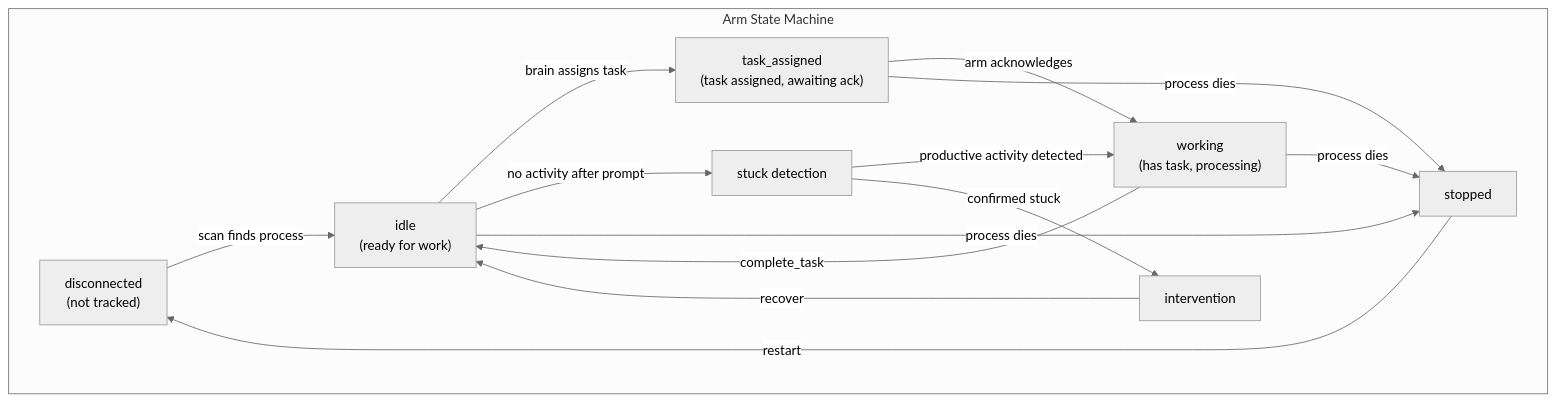
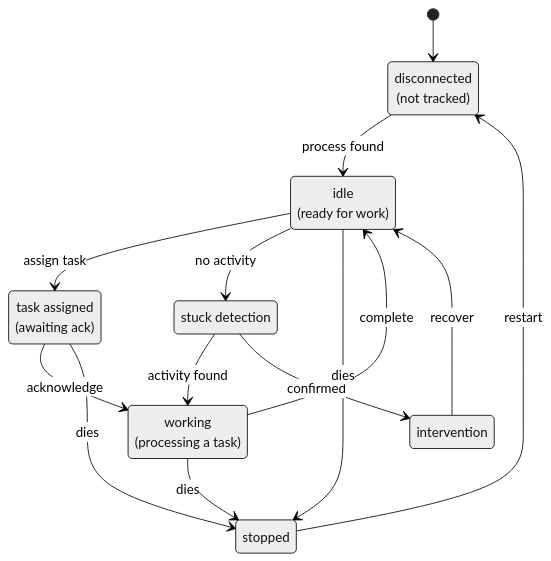
One commit to sirtimbly/coleo changed the second of 4 diagrams in docs/diagrams/brain-logic.md. Above: the diagram before and after it, drawn with Mermaid (neutral theme). The commit also changed other lines of this file and 15 other files, not shown here.

Commit message:
docs: expand component guides and diagrams

````diff
--- a/docs/diagrams/brain-logic.md
+++ b/docs/diagrams/brain-logic.md
@@ -125,20 +125,25 @@
 ```mermaid
-flowchart LR
-    subgraph LIFECYCLE["Arm State Machine"]
-        direction LR
-        disconnected["disconnected<br/>(not tracked)"] -->|scan finds process| idle["idle<br/>(ready for work)"]
-        idle -->|brain assigns task| task_assigned["task_assigned<br/>(task assigned, awaiting ack)"]
-        task_assigned -->|arm acknowledges| working["working<br/>(has task, processing)"]
-        working -->|complete_task| idle
-        idle -->|no activity after prompt| stuck["stuck detection"]
-        stuck -->|productive activity detected| working
-        stuck -->|confirmed stuck| intervention["intervention"]
-        intervention -->|recover| idle
-        working -->|process dies| stopped["stopped"]
-        idle -->|process dies| stopped
-        task_assigned -->|process dies| stopped
-        stopped -->|restart| disconnected
-    end
+stateDiagram-v2
+    direction TB
+    state "disconnected<br/>(not tracked)" as disconnected
+    state "idle<br/>(ready for work)" as idle
+    state "task assigned<br/>(awaiting ack)" as task_assigned
+    state "working<br/>(processing a task)" as working
+    state "stuck detection" as stuck
+    state "intervention" as intervention
+    state "stopped" as stopped
 
-    class disconnected,idle,task_assigned,working,stuck,intervention,stopped state
+    [*] --> disconnected
+    disconnected --> idle: process found
+    idle --> task_assigned: assign task
+    task_assigned --> working: acknowledge
+    working --> idle: complete
+    idle --> stuck: no activity
+    stuck --> working: activity found
+    stuck --> intervention: confirmed
+    intervention --> idle: recover
+    working --> stopped: dies
+    idle --> stopped: dies
+    task_assigned --> stopped: dies
+    stopped --> disconnected: restart
 ```
````
